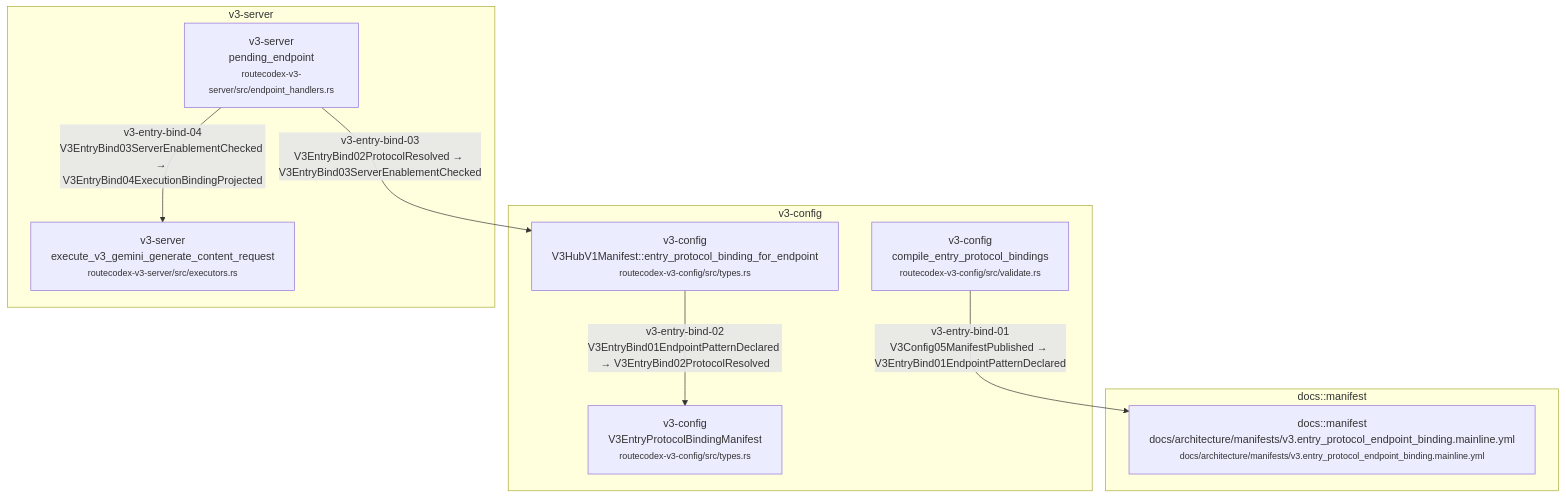
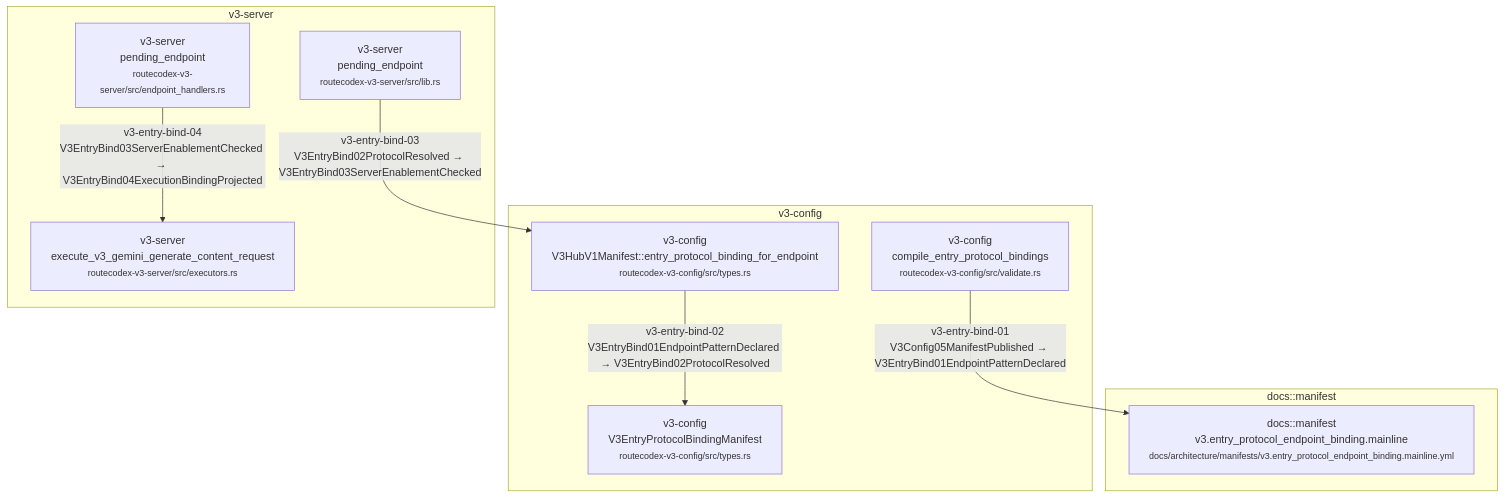
Before and after one commit to Jasonzhangf/routecodex: the ninth of 59 diagrams in docs/architecture/wiki/v3-mainline-caller-flow.md, drawn with Mermaid. The commit also changed other lines of this file and 4 other files, not shown here.

First line of the commit message:
docs(v3): clear mainline call map binding_pending and lock 47 audit chains

````diff
--- a/docs/architecture/wiki/v3-mainline-caller-flow.md
+++ b/docs/architecture/wiki/v3-mainline-caller-flow.md
@@ -364,19 +359,20 @@
 ```mermaid
 flowchart TD
   subgraph c_7_v3_entry_protocol_endpoint_binding_mainline_m_docs__manifest["docs::manifest"]
-    c_7_v3_entry_protocol_endpoint_binding_mainline_1["docs::manifest<br/>docs/architecture/manifests/v3.entry_protocol_endpoint_binding.mainline.yml<br/><small>docs/architecture/manifests/v3.entry_protocol_endpoint_binding.mainline.yml</small>"]
+    c_7_v3_entry_protocol_endpoint_binding_mainline_1["docs::manifest<br/>v3.entry_protocol_endpoint_binding.mainline<br/><small>docs/architecture/manifests/v3.entry_protocol_endpoint_binding.mainline.yml</small>"]
   end
   subgraph c_7_v3_entry_protocol_endpoint_binding_mainline_m_v3_config["v3-config"]
     c_7_v3_entry_protocol_endpoint_binding_mainline_0["v3-config<br/>compile_entry_protocol_bindings<br/><small>routecodex-v3-config/src/validate.rs</small>"]
     c_7_v3_entry_protocol_endpoint_binding_mainline_2["v3-config<br/>V3HubV1Manifest::entry_protocol_binding_for_endpoint<br/><small>routecodex-v3-config/src/types.rs</small>"]
     c_7_v3_entry_protocol_endpoint_binding_mainline_3["v3-config<br/>V3EntryProtocolBindingManifest<br/><small>routecodex-v3-config/src/types.rs</small>"]
   end
   subgraph c_7_v3_entry_protocol_endpoint_binding_mainline_m_v3_server["v3-server"]
-    c_7_v3_entry_protocol_endpoint_binding_mainline_4["v3-server<br/>pending_endpoint<br/><small>routecodex-v3-server/src/endpoint_handlers.rs</small>"]
-    c_7_v3_entry_protocol_endpoint_binding_mainline_5["v3-server<br/>execute_v3_gemini_generate_content_request<br/><small>routecodex-v3-server/src/executors.rs</small>"]
+    c_7_v3_entry_protocol_endpoint_binding_mainline_4["v3-server<br/>pending_endpoint<br/><small>routecodex-v3-server/src/lib.rs</small>"]
+    c_7_v3_entry_protocol_endpoint_binding_mainline_5["v3-server<br/>pending_endpoint<br/><small>routecodex-v3-server/src/endpoint_handlers.rs</small>"]
+    c_7_v3_entry_protocol_endpoint_binding_mainline_6["v3-server<br/>execute_v3_gemini_generate_content_request<br/><small>routecodex-v3-server/src/executors.rs</small>"]
   end
   c_7_v3_entry_protocol_endpoint_binding_mainline_0 -->|v3-entry-bind-01<br/>V3Config05ManifestPublished → V3EntryBind01EndpointPatternDeclared| c_7_v3_entry_protocol_endpoint_binding_mainline_1
   c_7_v3_entry_protocol_endpoint_binding_mainline_2 -->|v3-entry-bind-02<br/>V3EntryBind01EndpointPatternDeclared → V3EntryBind02ProtocolResolved| c_7_v3_entry_protocol_endpoint_binding_mainline_3
   c_7_v3_entry_protocol_endpoint_binding_mainline_4 -->|v3-entry-bind-03<br/>V3EntryBind02ProtocolResolved → V3EntryBind03ServerEnablementChecked| c_7_v3_entry_protocol_endpoint_binding_mainline_2
-  c_7_v3_entry_protocol_endpoint_binding_mainline_4 -->|v3-entry-bind-04<br/>V3EntryBind03ServerEnablementChecked → V3EntryBind04ExecutionBindingProjected| c_7_v3_entry_protocol_endpoint_binding_mainline_5
+  c_7_v3_entry_protocol_endpoint_binding_mainline_5 -->|v3-entry-bind-04<br/>V3EntryBind03ServerEnablementChecked → V3EntryBind04ExecutionBindingProjected| c_7_v3_entry_protocol_endpoint_binding_mainline_6
 ```
````
